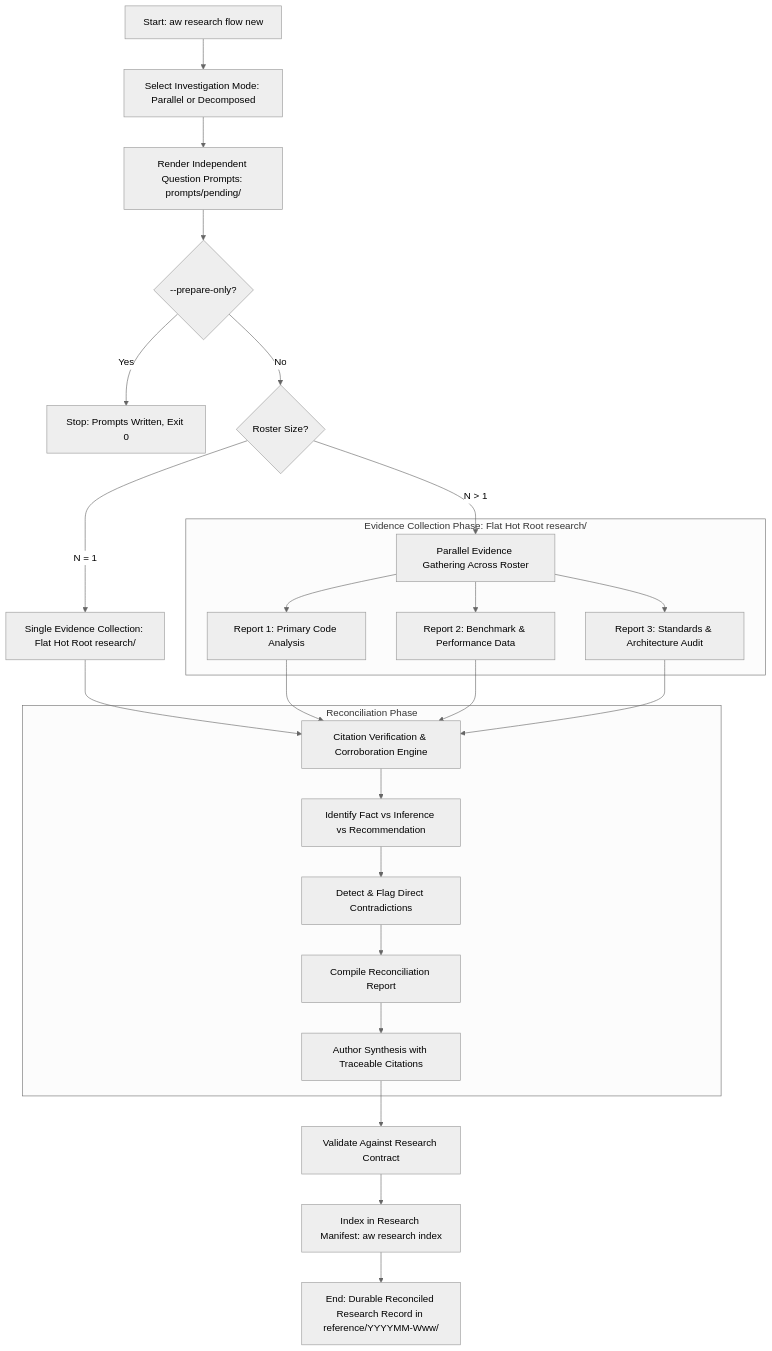
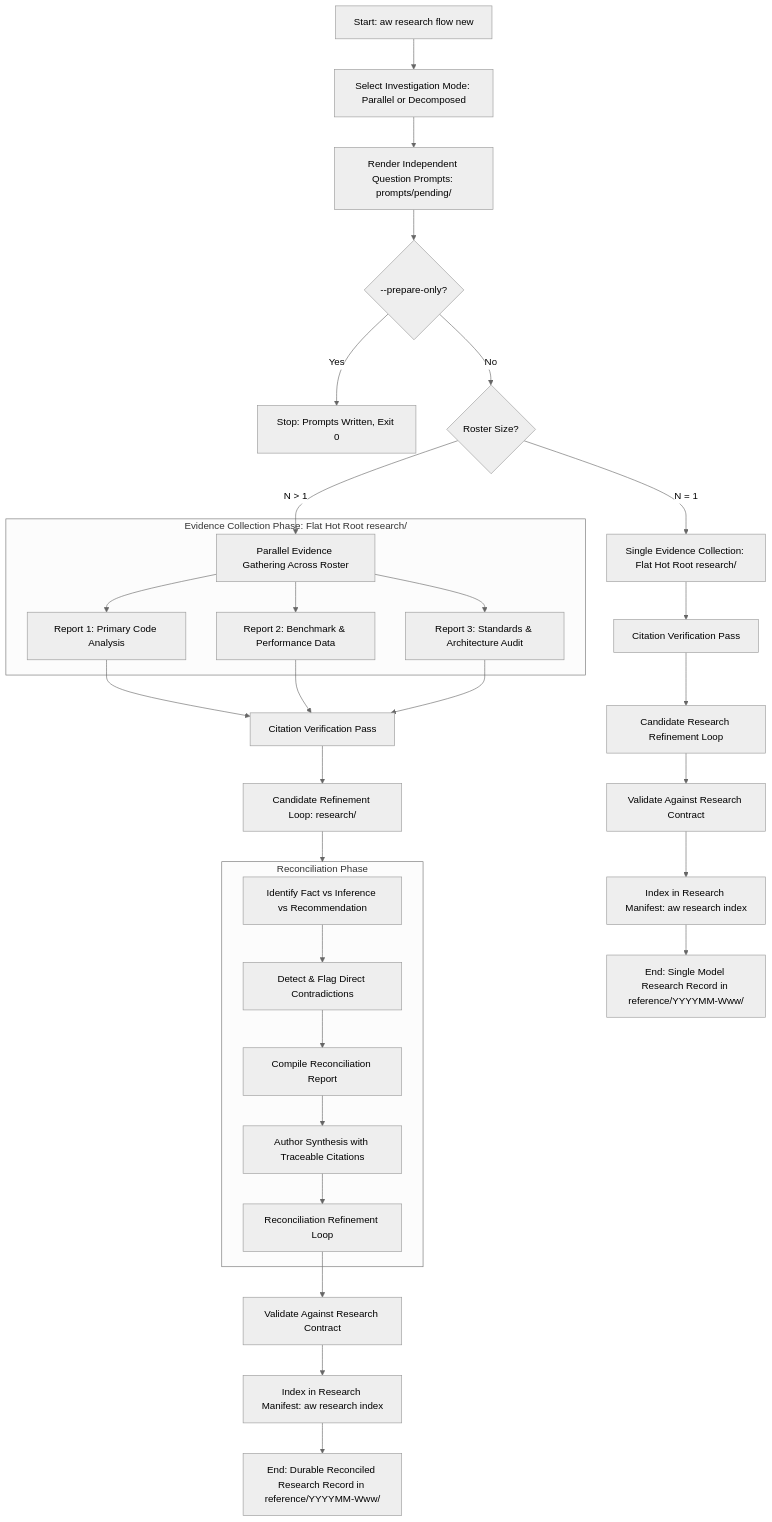
The third of 4 diagrams in .aw/records/specs/draft/20261024-specflow-01-18hh1u-spec-research-synthesis.spec.md (fariello/agent-workflows), drawn with Mermaid (neutral theme) before and after one commit. The commit also changed other lines of this file and 1 other file, not shown here.

First line of the commit message:
spec(specflow): adversarial refinement iteration 14 for spec 18hh1u

````diff
--- a/.aw/records/specs/draft/20261024-specflow-01-18hh1u-spec-research-synthesis.spec.md
+++ b/.aw/records/specs/draft/20261024-specflow-01-18hh1u-spec-research-synthesis.spec.md
@@ -824,34 +832,42 @@
 ```mermaid
 flowchart TD
     RA[Start: aw research flow new] --> RB[Select Investigation Mode: Parallel or Decomposed]
     RB --> RC[Render Independent Question Prompts: prompts/pending/]
     RC --> DP_res{--prepare-only?}
     DP_res -- Yes --> Stop_res[Stop: Prompts Written, Exit 0]
     DP_res -- No --> DR_res{Roster Size?}
 
     DR_res -- N = 1 --> Single_Evidence[Single Evidence Collection: Flat Hot Root research/]
-    Single_Evidence --> RF[Citation Verification & Corroboration Engine]
+    Single_Evidence --> RF_solo[Citation Verification Pass]
+    RF_solo --> RR_solo[Candidate Research Refinement Loop]
+    RR_solo --> RK_solo[Validate Against Research Contract]
+    RK_solo --> RL_solo[Index in Research Manifest: aw research index]
+    RL_solo --> RM_solo["End: Single Model Research Record in reference/YYYYMM-Www/"]
 
     DR_res -- N > 1 --> RD[Parallel Evidence Gathering Across Roster]
 
     subgraph Evidence_Phase ["Evidence Collection Phase: Flat Hot Root research/"]
         RD --> RE1[Report 1: Primary Code Analysis]
         RD --> RE2[Report 2: Benchmark & Performance Data]
         RD --> RE3[Report 3: Standards & Architecture Audit]
     end
 
-    RE1 --> RF
-    RE2 --> RF
-    RE3 --> RF
+    RE1 --> RF_multi[Citation Verification Pass]
+    RE2 --> RF_multi
+    RE3 --> RF_multi
+
+    RF_multi --> RR_multi[Candidate Refinement Loop: research/]
+    RR_multi --> Reconcile_Phase
 
     subgraph Reconcile_Phase ["Reconciliation Phase"]
-        RF --> RG[Identify Fact vs Inference vs Recommendation]
+        RG[Identify Fact vs Inference vs Recommendation]
         RG --> RH[Detect & Flag Direct Contradictions]
         RH --> RI[Compile Reconciliation Report]
         RI --> RJ[Author Synthesis with Traceable Citations]
+        RJ --> R_loop[Reconciliation Refinement Loop]
     end
 
-    RJ --> RK[Validate Against Research Contract]
+    R_loop --> RK[Validate Against Research Contract]
     RK --> RL[Index in Research Manifest: aw research index]
-    RL --> RM[End: Durable Reconciled Research Record in reference/YYYYMM-Www/]
+    RL --> RM["End: Durable Reconciled Research Record in reference/YYYYMM-Www/"]
 ```
````
